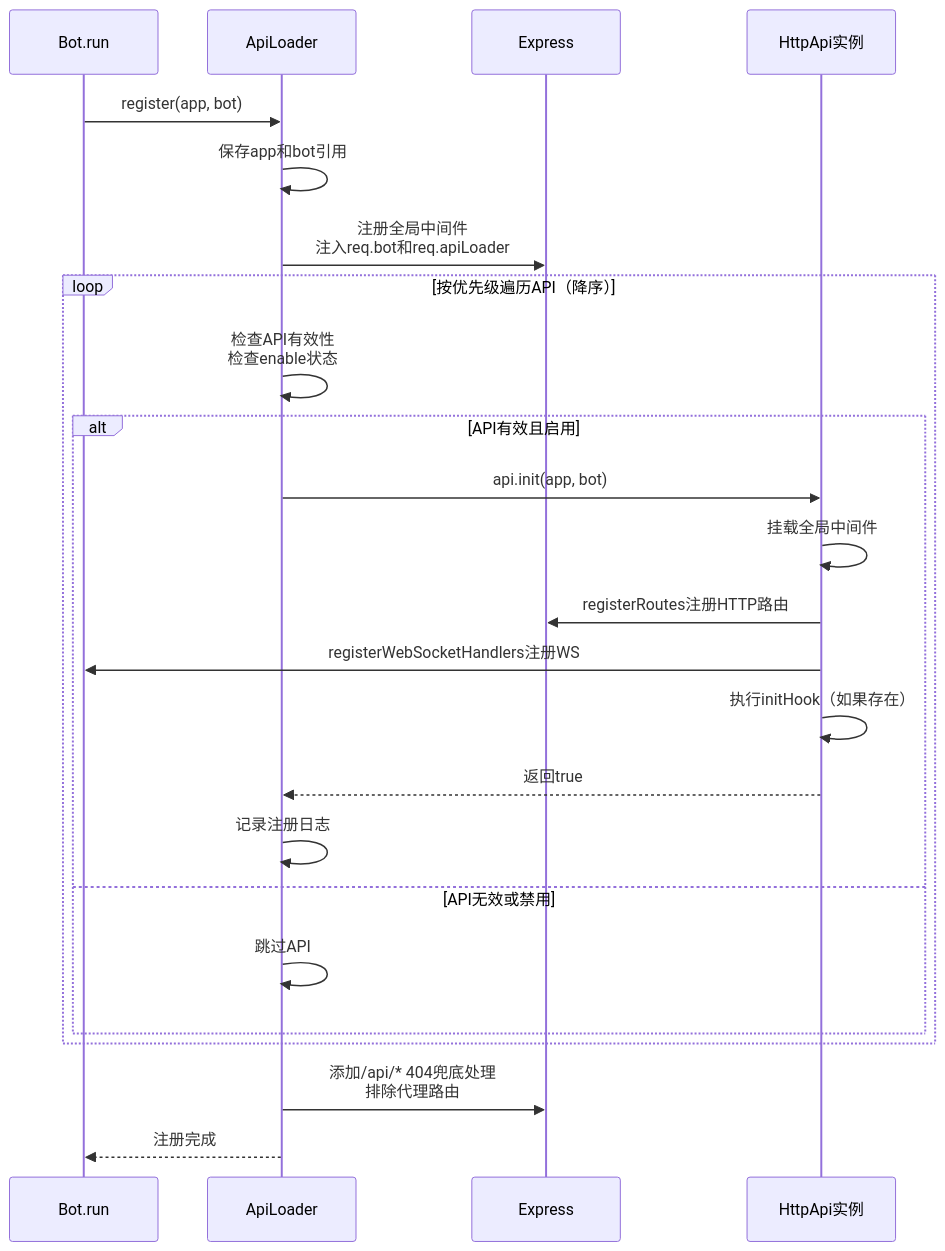
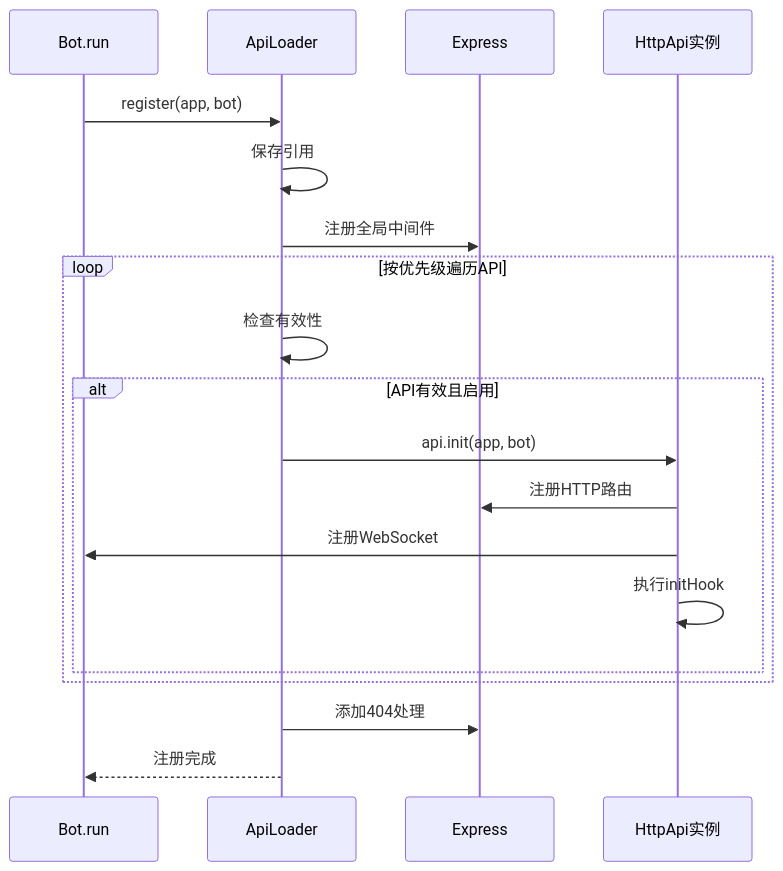
Before and after one commit to sunflowermm/XRK-AGT: the second of 4 diagrams in docs/api-loader.md, drawn with Mermaid. The commit also changed other lines of this file and 6 other files, not shown here.

````diff
--- a/docs/api-loader.md
+++ b/docs/api-loader.md
@@ -75,27 +90,22 @@
 ```mermaid
 sequenceDiagram
     participant Bot as Bot.run
     participant Loader as ApiLoader
     participant Express as Express
     participant API as HttpApi实例
     
     Bot->>Loader: register(app, bot)
-    Loader->>Loader: 保存app和bot引用
-    Loader->>Express: 注册全局中间件<br/>注入req.bot和req.apiLoader
-    loop 按优先级遍历API（降序）
-        Loader->>Loader: 检查API有效性<br/>检查enable状态
+    Loader->>Loader: 保存引用
+    Loader->>Express: 注册全局中间件
+    loop 按优先级遍历API
+        Loader->>Loader: 检查有效性
         alt API有效且启用
             Loader->>API: api.init(app, bot)
-            API->>API: 挂载全局中间件
-            API->>Express: registerRoutes注册HTTP路由
-            API->>Bot: registerWebSocketHandlers注册WS
-            API->>API: 执行initHook（如果存在）
-            API-->>Loader: 返回true
-            Loader->>Loader: 记录注册日志
-        else API无效或禁用
-            Loader->>Loader: 跳过API
+            API->>Express: 注册HTTP路由
+            API->>Bot: 注册WebSocket
+            API->>API: 执行initHook
         end
     end
-    Loader->>Express: 添加/api/* 404兜底处理<br/>排除代理路由
+    Loader->>Express: 添加404处理
     Loader-->>Bot: 注册完成
 ```
````
